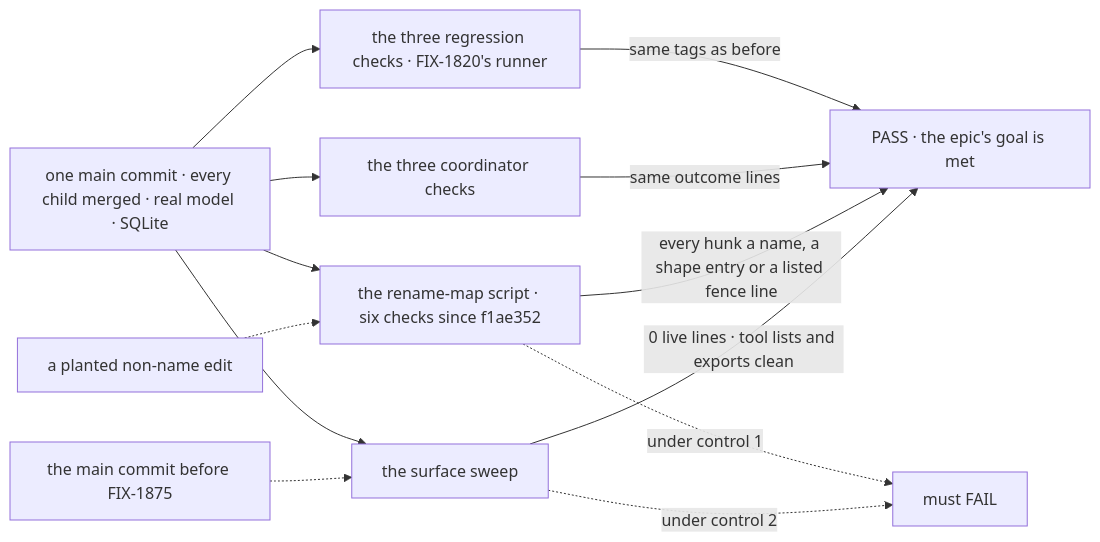
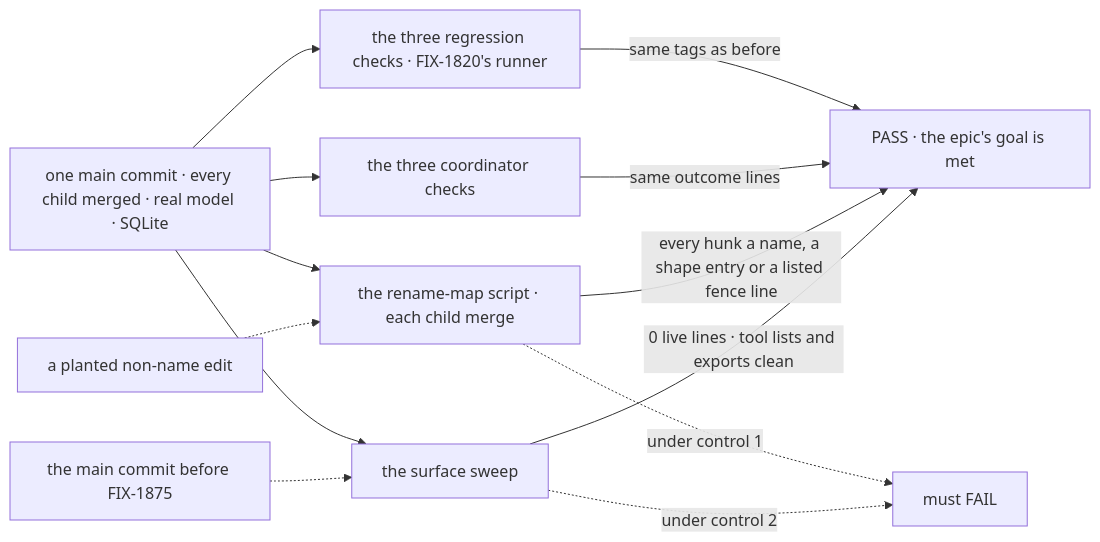
One commit to fixpoint-labs/flow-state-dev changed the diagram in specs/issues/FIX-1887/SPEC.md. Above: the diagram before and after it, drawn with Mermaid. The commit also changed other lines of this file and 6 other files, not shown here.

First line of the commit message:
FIX-1887: judge each child's merge; a key and a regex name are names (D3)

````diff
--- a/specs/issues/FIX-1887/SPEC.md
+++ b/specs/issues/FIX-1887/SPEC.md
@@ -27,15 +27,15 @@
 ```mermaid
 flowchart LR
   M["one main commit · every child merged · real model · SQLite"] --> R["the three regression checks · FIX-1820's runner"]
   M --> K["the three coordinator checks"]
-  M --> D["the rename-map script · six checks since f1ae352"]
+  M --> D["the rename-map script · each child merge"]
   M --> S["the surface sweep"]
   R -->|"same tags as before"| P["PASS · the epic's goal is met"]
   K -->|"same outcome lines"| P
   D -->|"every hunk a name, a shape entry or a listed fence line"| P
   S -->|"0 live lines · tool lists and exports clean"| P
   C1["a planted non-name edit"] -.-> D
   C2["the main commit before FIX-1875"] -.-> S
   D -.->|"under control 1"| X["must FAIL"]
   S -.->|"under control 2"| X
 ```
````
